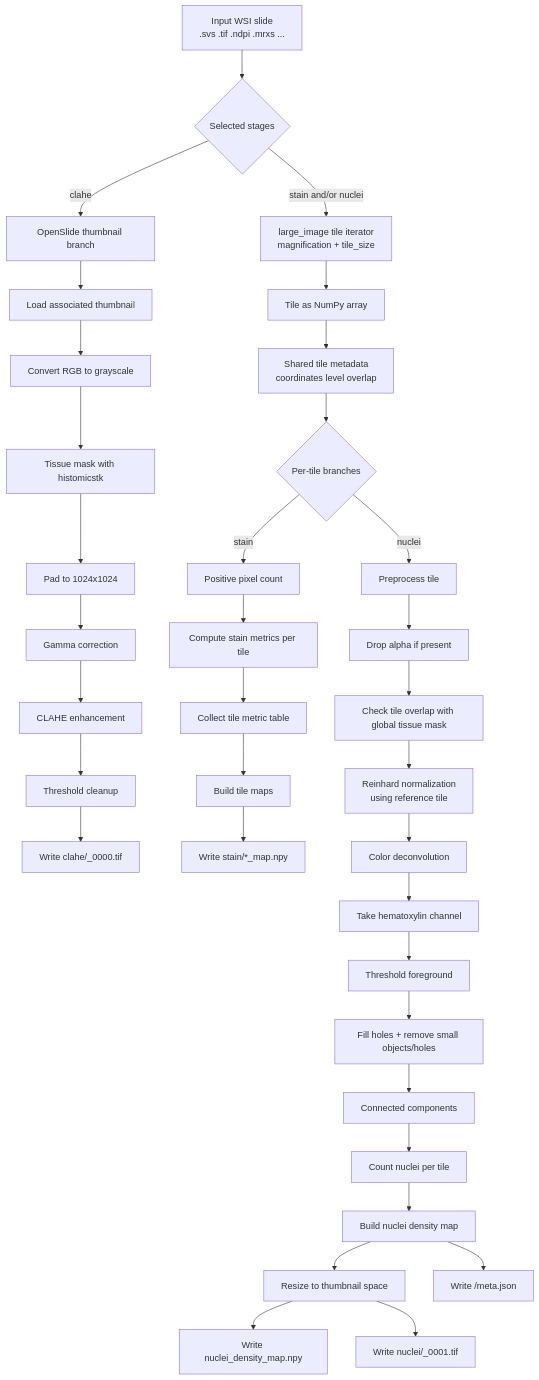
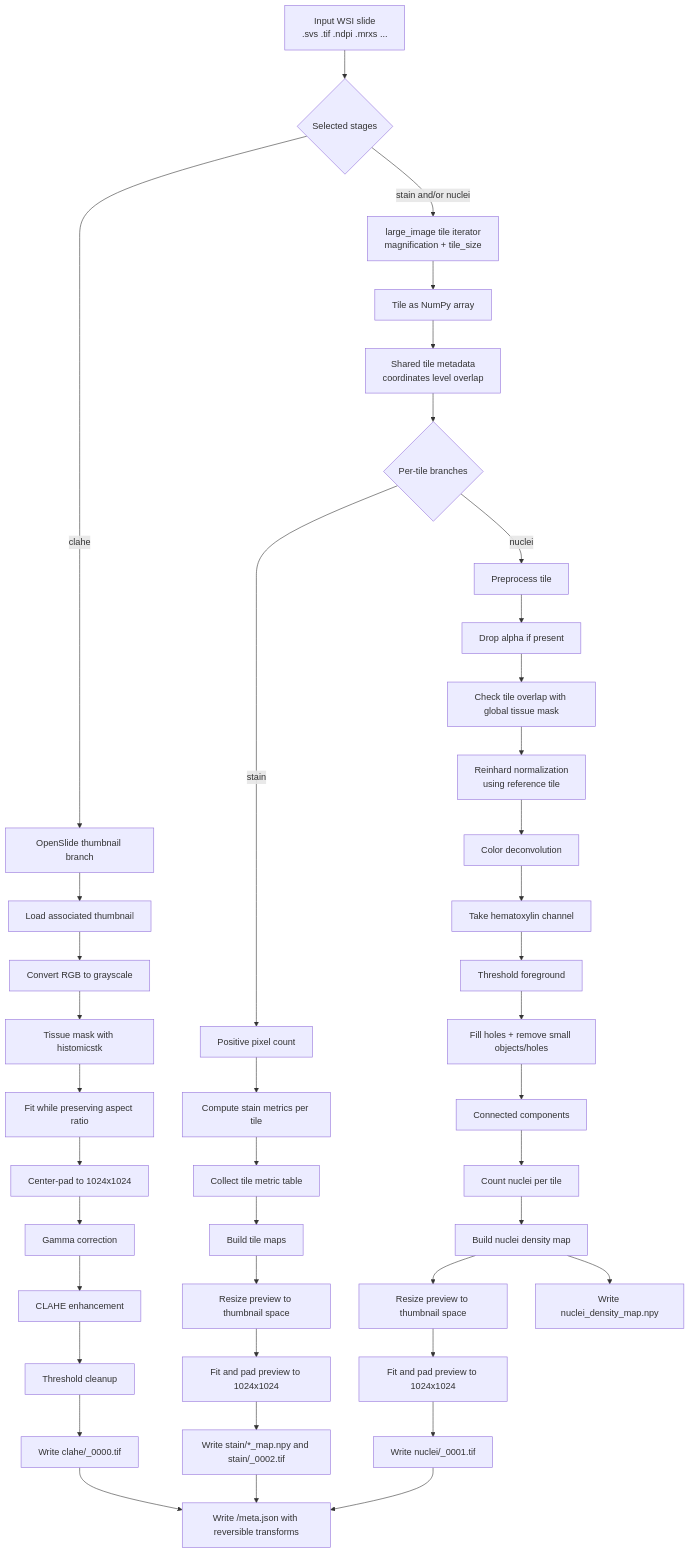
The diagram in README.md (hombre111/histoprocessor), drawn with Mermaid before and after one commit. The commit also changed other lines of this file and 4 other files, not shown here.

Commit message:
Fixed tissue selection criteria for tiling, seems robust now. Also added handling of different thumbnail sizes and padding. All padding info is now saved in meta.json

````diff
--- a/README.md
+++ b/README.md
@@ -32,41 +39,47 @@
 ```mermaid
 flowchart TD
     A[Input WSI slide<br/>.svs .tif .ndpi .mrxs ...] --> B{Selected stages}
     B -->|clahe| C[OpenSlide thumbnail branch]
     B -->|stain and/or nuclei| D[large_image tile iterator<br/>magnification + tile_size]
 
     C --> C1[Load associated thumbnail]
     C1 --> C2[Convert RGB to grayscale]
     C2 --> C3[Tissue mask with histomicstk]
-    C3 --> C4[Pad to 1024x1024]
-    C4 --> C5[Gamma correction]
-    C5 --> C6[CLAHE enhancement]
-    C6 --> C7[Threshold cleanup]
-    C7 --> C8[Write clahe/<stem>_0000.tif]
+    C3 --> C4[Fit while preserving aspect ratio]
+    C4 --> C5[Center-pad to 1024x1024]
+    C5 --> C6[Gamma correction]
+    C6 --> C7[CLAHE enhancement]
+    C7 --> C8[Threshold cleanup]
+    C8 --> C9[Write clahe/<stem>_0000.tif]
 
     D --> E[Tile as NumPy array]
     E --> F[Shared tile metadata<br/>coordinates level overlap]
     F --> G{Per-tile branches}
 
     G -->|stain| H[Positive pixel count]
     H --> H1[Compute stain metrics per tile]
     H1 --> H2[Collect tile metric table]
     H2 --> H3[Build tile maps]
-    H3 --> H4[Write stain/*_map.npy]
+    H3 --> H4[Resize preview to thumbnail space]
+    H4 --> H5[Fit and pad preview to 1024x1024]
+    H5 --> H6[Write stain/*_map.npy and stain/<stem>_0002.tif]
 
     G -->|nuclei| I[Preprocess tile]
     I --> I1[Drop alpha if present]
     I1 --> I2[Check tile overlap with global tissue mask]
     I2 --> I3[Reinhard normalization<br/>using reference tile]
     I3 --> I4[Color deconvolution]
     I4 --> I5[Take hematoxylin channel]
     I5 --> I6[Threshold foreground]
     I6 --> I7[Fill holes + remove small objects/holes]
     I7 --> I8[Connected components]
     I8 --> I9[Count nuclei per tile]
     I9 --> I10[Build nuclei density map]
-    I10 --> I11[Resize to thumbnail space]
-    I11 --> I12[Write nuclei_density_map.npy]
-    I11 --> I13[Write nuclei/<stem>_0001.tif]
-    I10 --> I14[Write <sample>/meta.json]
+    I10 --> I11[Resize preview to thumbnail space]
+    I11 --> I12[Fit and pad preview to 1024x1024]
+    I10 --> I13[Write nuclei_density_map.npy]
+    I12 --> I14[Write nuclei/<stem>_0001.tif]
+    C9 --> I15[Write <sample>/meta.json with reversible transforms]
+    H6 --> I15
+    I14 --> I15
 ```
````
